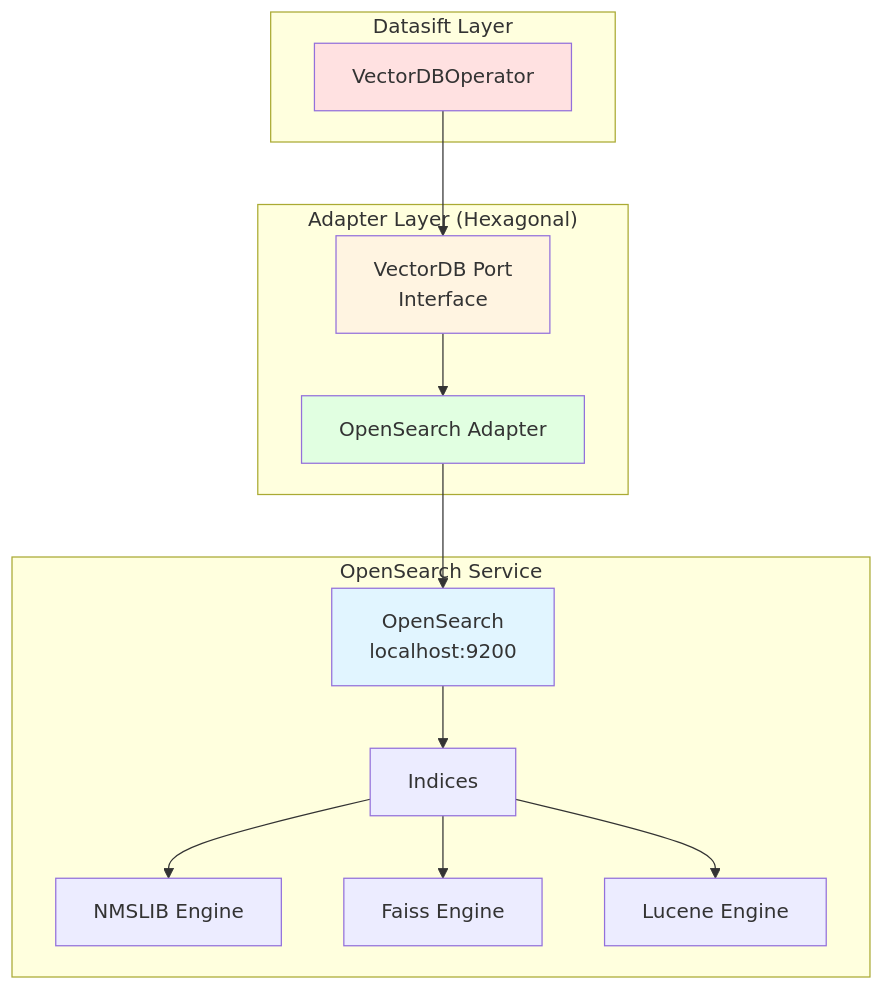
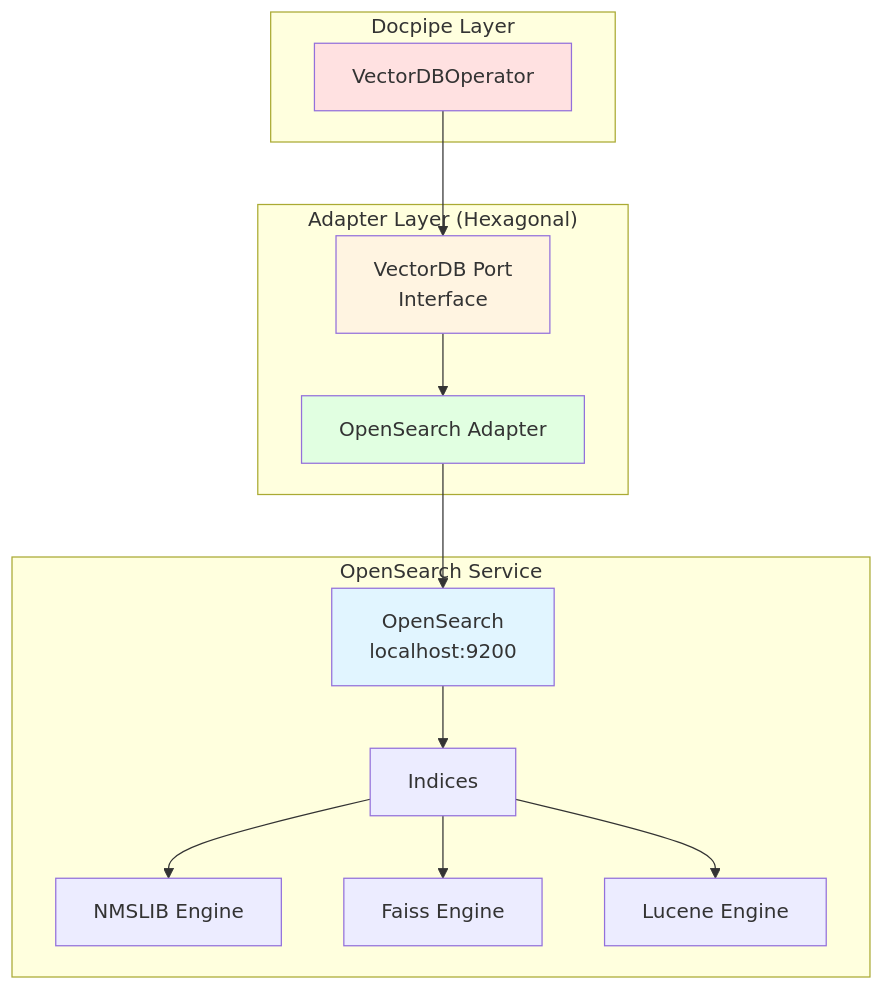
One commit to anupvarma007-ui/datasift-opensource changed diagram 15 of 31 in ARCHITECTURE.md. Above: the diagram before and after it, drawn with Mermaid. The commit also changed other lines of this file and 1237 other files, not shown here.

First line of the commit message:
chore: rename datasift to docling-pipelines (docpipe internally) (#669)

````diff
--- a/ARCHITECTURE.md
+++ b/ARCHITECTURE.md
@@ -1616,32 +1616,32 @@
 ```mermaid
 graph TB
-    subgraph "Datasift Layer"
+    subgraph "Docpipe Layer"
         VDB[VectorDBOperator]
     end
 
     subgraph "Adapter Layer (Hexagonal)"
         PORT[VectorDB Port<br/>Interface]
         OSA[OpenSearch Adapter]
     end
 
     subgraph "OpenSearch Service"
         OS[OpenSearch<br/>localhost:9200]
         IDX[Indices]
         KNN1[NMSLIB Engine]
         KNN2[Faiss Engine]
         KNN3[Lucene Engine]
     end
 
     VDB --> PORT
     PORT --> OSA
     OSA --> OS
     OS --> IDX
     IDX --> KNN1
     IDX --> KNN2
     IDX --> KNN3
 
     style VDB fill:#ffe1e1
     style PORT fill:#fff4e1
     style OSA fill:#e1ffe1
     style OS fill:#e1f5ff
 ```
````
